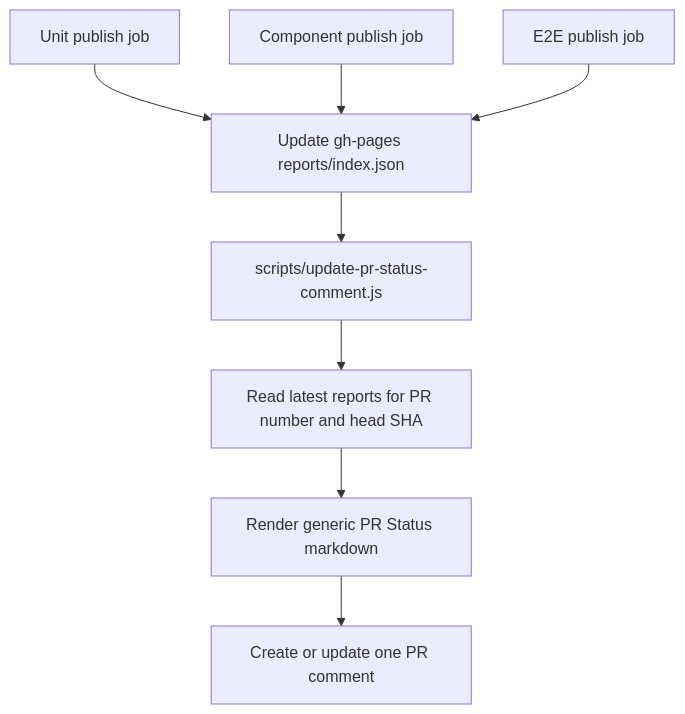
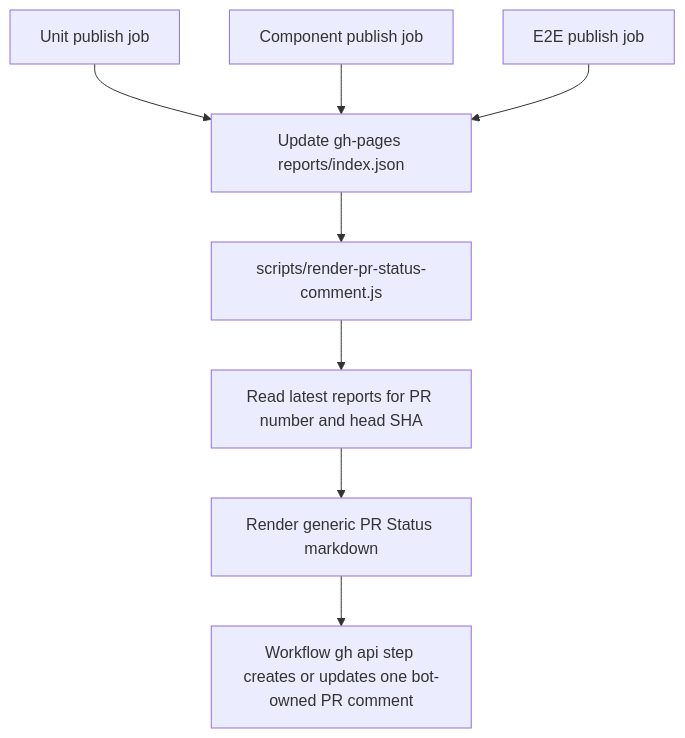
One commit to koreyba/EverFreeNote changed the diagram in docs/ai/design/feature-pr-status-comment.md. Above: the diagram before and after it, drawn with Mermaid. The commit also changed other lines of this file and 12 other files, not shown here.

````diff
--- a/docs/ai/design/feature-pr-status-comment.md
+++ b/docs/ai/design/feature-pr-status-comment.md
@@ -11,10 +11,10 @@
 ```mermaid
 flowchart TD
   A["Unit publish job"] --> P["Update gh-pages reports/index.json"]
   B["Component publish job"] --> P
   C["E2E publish job"] --> P
-  P --> S["scripts/update-pr-status-comment.js"]
+  P --> S["scripts/render-pr-status-comment.js"]
   S --> R["Read latest reports for PR number and head SHA"]
   R --> M["Render generic PR Status markdown"]
-  M --> U["Create or update one PR comment"]
+  M --> U["Workflow gh api step creates or updates one bot-owned PR comment"]
 ```
````
